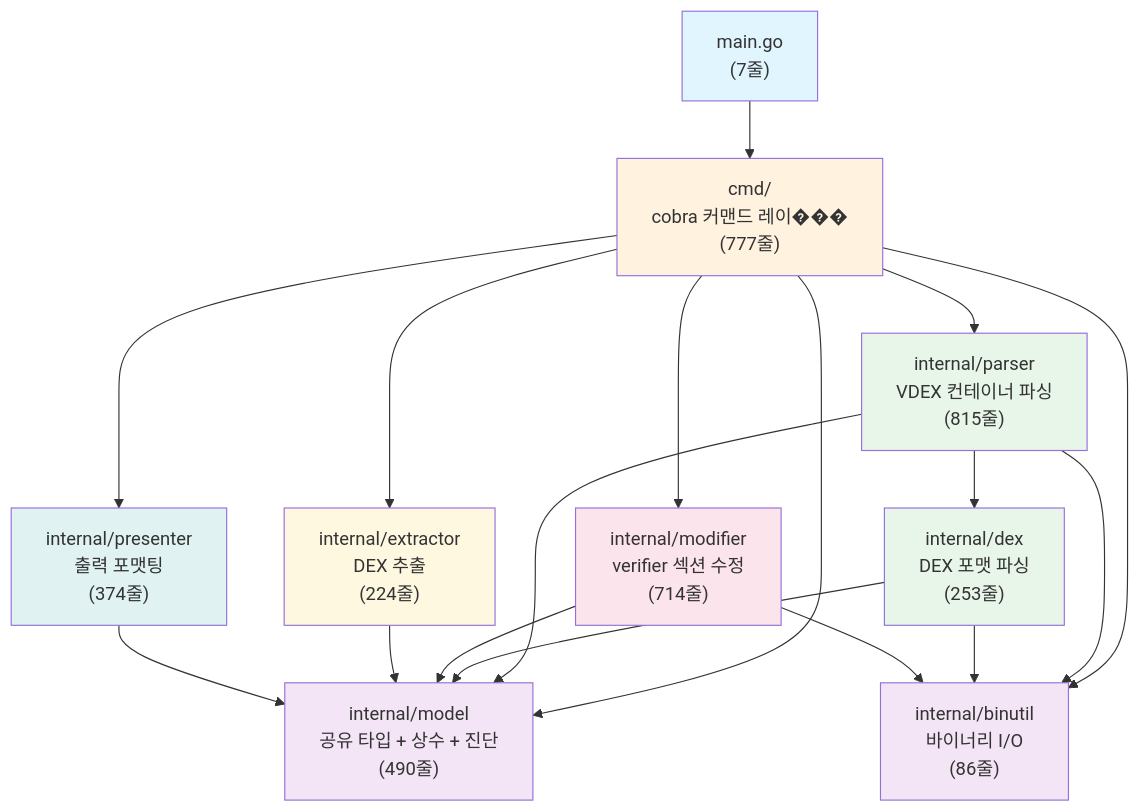
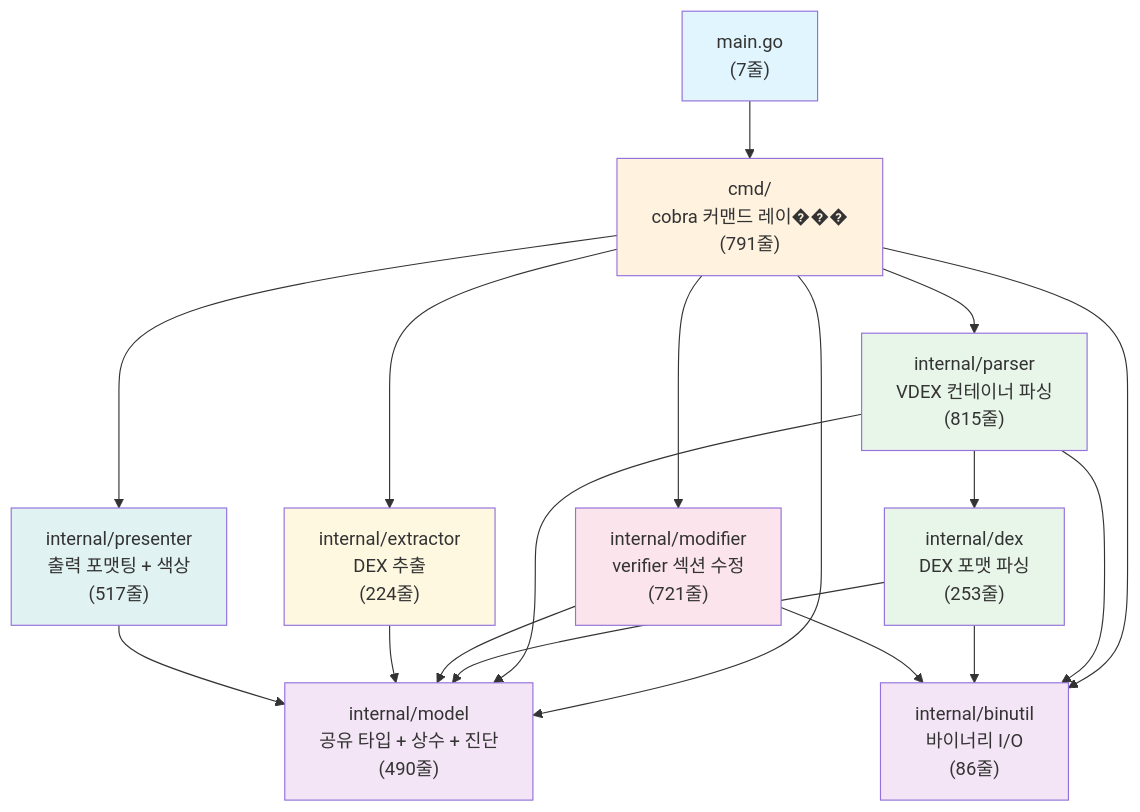
One commit to 0xc0de1ab/vdexcli changed the first of 4 diagrams in docs/architecture.md. Above: the diagram before and after it, drawn with Mermaid. The commit also changed other lines of this file and 1 other file, not shown here.

First line of the commit message:
docs: sync roadmap and architecture with current state

````diff
--- a/docs/architecture.md
+++ b/docs/architecture.md
@@ -14,39 +14,39 @@
 ```mermaid
 graph TD
     main["main.go<br/>(7줄)"]
-    cmd["cmd/<br/>cobra 커맨드 레이���<br/>(777줄)"]
+    cmd["cmd/<br/>cobra 커맨드 레이���<br/>(791줄)"]
     parser["internal/parser<br/>VDEX 컨테이너 파싱<br/>(815줄)"]
     dex["internal/dex<br/>DEX 포맷 파싱<br/>(253줄)"]
-    modifier["internal/modifier<br/>verifier 섹션 수정<br/>(714줄)"]
+    modifier["internal/modifier<br/>verifier 섹션 수정<br/>(721줄)"]
     extractor["internal/extractor<br/>DEX 추출<br/>(224줄)"]
-    presenter["internal/presenter<br/>출력 포맷팅<br/>(374줄)"]
+    presenter["internal/presenter<br/>출력 포맷팅 + 색상<br/>(517줄)"]
     model["internal/model<br/>공유 타입 + 상수 + 진단<br/>(490줄)"]
     binutil["internal/binutil<br/>바이너리 I/O<br/>(86줄)"]
 
     main --> cmd
     cmd --> parser
     cmd --> modifier
     cmd --> extractor
     cmd --> presenter
     cmd --> model
     cmd --> binutil
     parser --> dex
     parser --> model
     parser --> binutil
     dex --> model
     dex --> binutil
     modifier --> model
     modifier --> binutil
     extractor --> model
     presenter --> model
 
     style main fill:#e1f5fe
     style cmd fill:#fff3e0
     style model fill:#f3e5f5
     style binutil fill:#f3e5f5
     style parser fill:#e8f5e9
     style dex fill:#e8f5e9
     style modifier fill:#fce4ec
     style extractor fill:#fff8e1
     style presenter fill:#e0f2f1
 ```
````
